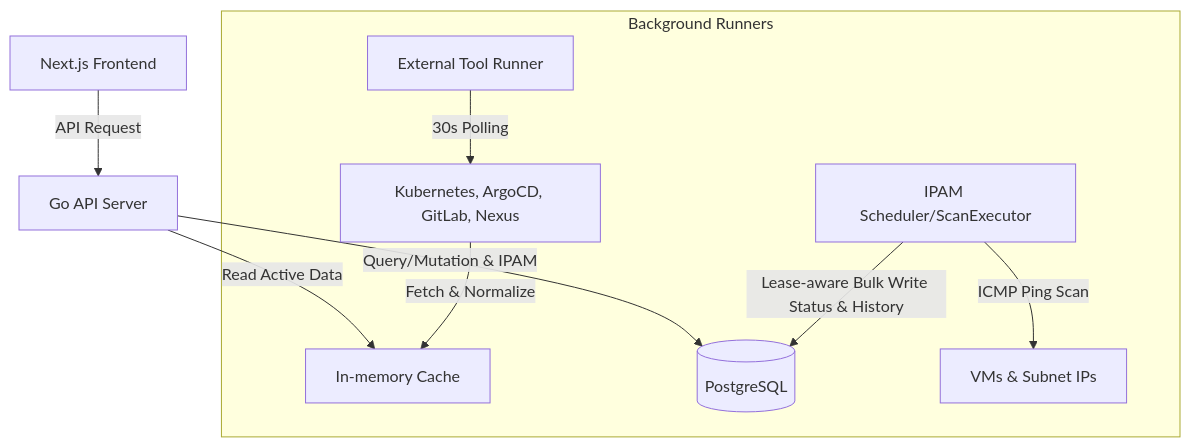
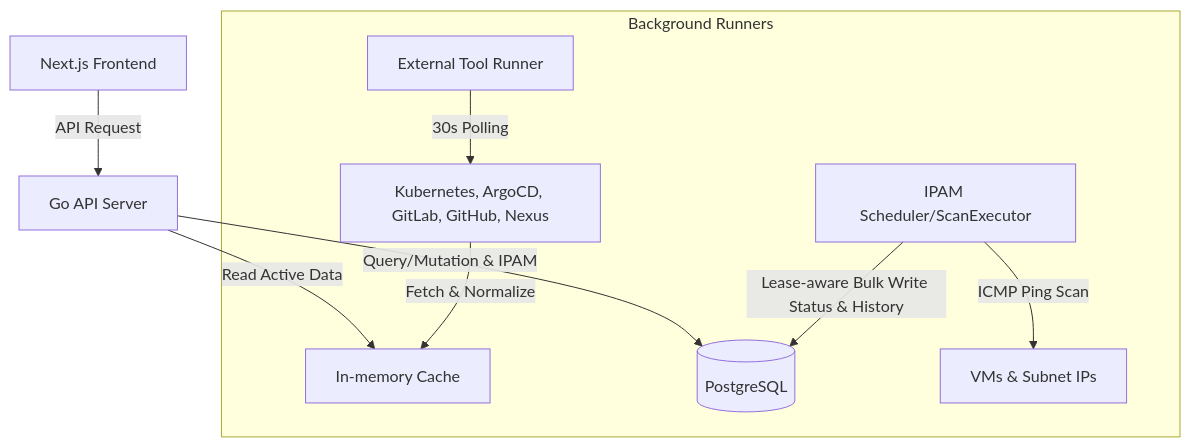
One commit to squatboy/omni-portal changed the diagram in docs/ARCHITECTURE.md. Above: the diagram before and after it, drawn with Mermaid. The commit also changed 28 other files, not shown here.

Commit message:
feat: add GitHub integration source

````diff
--- a/docs/ARCHITECTURE.md
+++ b/docs/ARCHITECTURE.md
@@ -22,14 +22,14 @@
 ```mermaid
 graph TD
     UI[Next.js Frontend] -->|API Request| API[Go API Server]
     API -->|Read Active Data| Cache[In-memory Cache]
     API -->|Query/Mutation & IPAM| DB[(PostgreSQL)]
     
     subgraph Background Runners
-        Runner[External Tool Runner] -->|30s Polling| Ext[Kubernetes, ArgoCD, GitLab, Nexus]
+        Runner[External Tool Runner] -->|30s Polling| Ext[Kubernetes, ArgoCD, GitLab, GitHub, Nexus]
         Ext -->|Fetch & Normalize| Cache
         
         IPAM[IPAM Scheduler/ScanExecutor] -->|ICMP Ping Scan| VM[VMs & Subnet IPs]
         IPAM -->|Lease-aware Bulk Write Status & History| DB
     end
 ```
````
